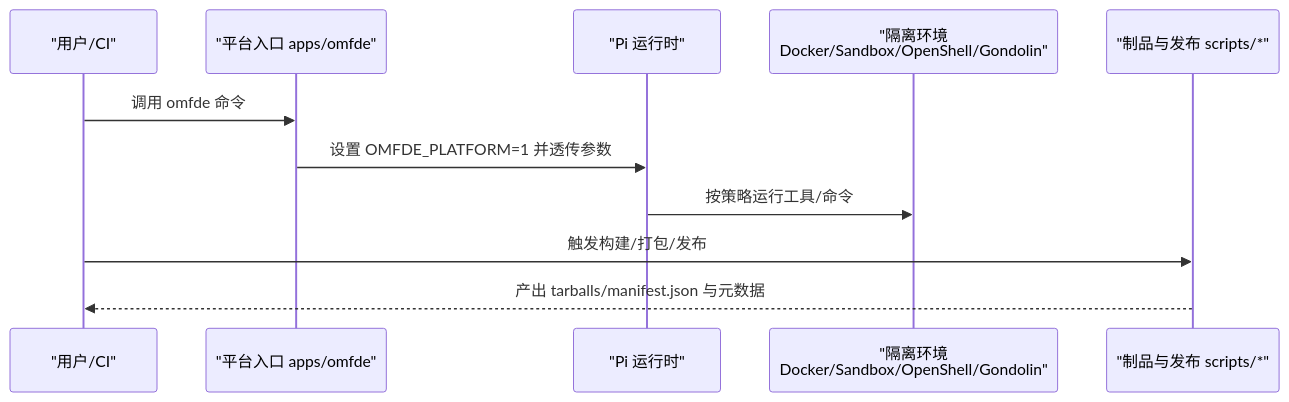
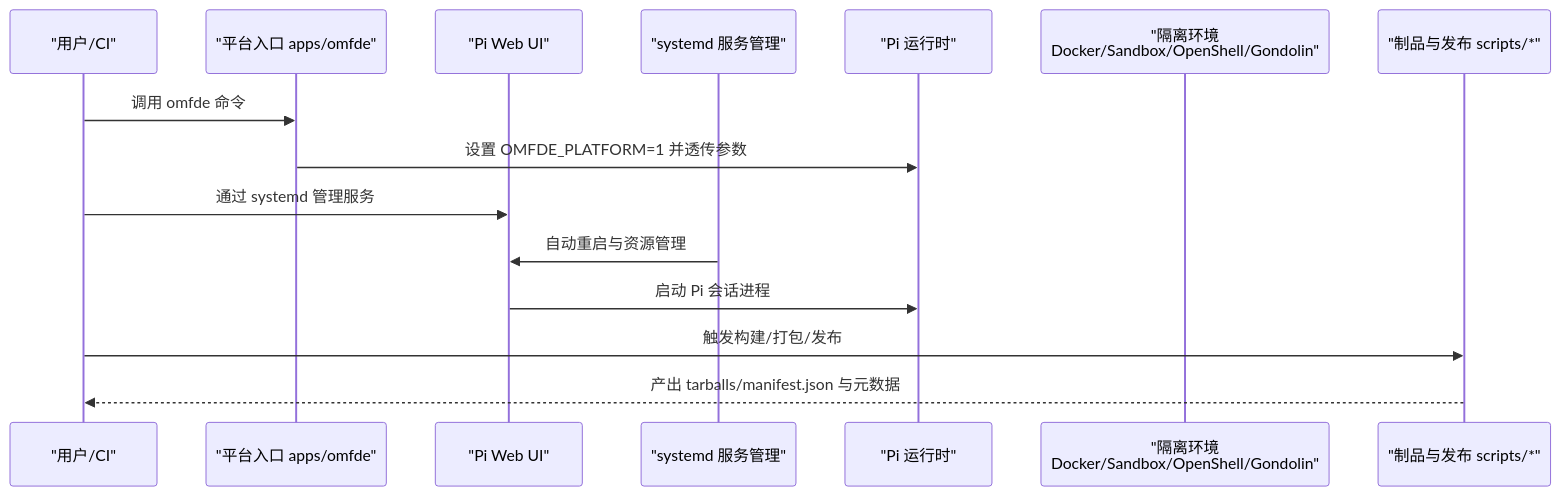
One commit to FDE-GROUP/oh-my-coding-agent changed the second of 9 diagrams in .qoder/repowiki/zh/content/部署与运维/部署与运维.md. Above: the diagram before and after it, drawn with Mermaid. The commit also changed other lines of this file and 410 other files, not shown here.

````diff
--- a/.qoder/repowiki/zh/content/部署与运维/部署与运维.md
+++ b/.qoder/repowiki/zh/content/部署与运维/部署与运维.md
@@ -72,13 +91,17 @@
 ```mermaid
 sequenceDiagram
 participant U as "用户/CI"
 participant APP as "平台入口 apps/omfde"
+participant WEB as "Pi Web UI"
+participant SYSTEMD as "systemd 服务管理"
 participant PI as "Pi 运行时"
 participant ISOL as "隔离环境<br/>Docker/Sandbox/OpenShell/Gondolin"
 participant PKG as "制品与发布 scripts/*"
 U->>APP : 调用 omfde 命令
 APP->>PI : 设置 OMFDE_PLATFORM=1 并透传参数
-PI->>ISOL : 按策略运行工具/命令
+U->>WEB : 通过 systemd 管理服务
+SYSTEMD->>WEB : 自动重启与资源管理
+WEB->>PI : 启动 Pi 会话进程
 U->>PKG : 触发构建/打包/发布
 PKG-->>U : 产出 tarballs/manifest.json 与元数据
 ```
````
